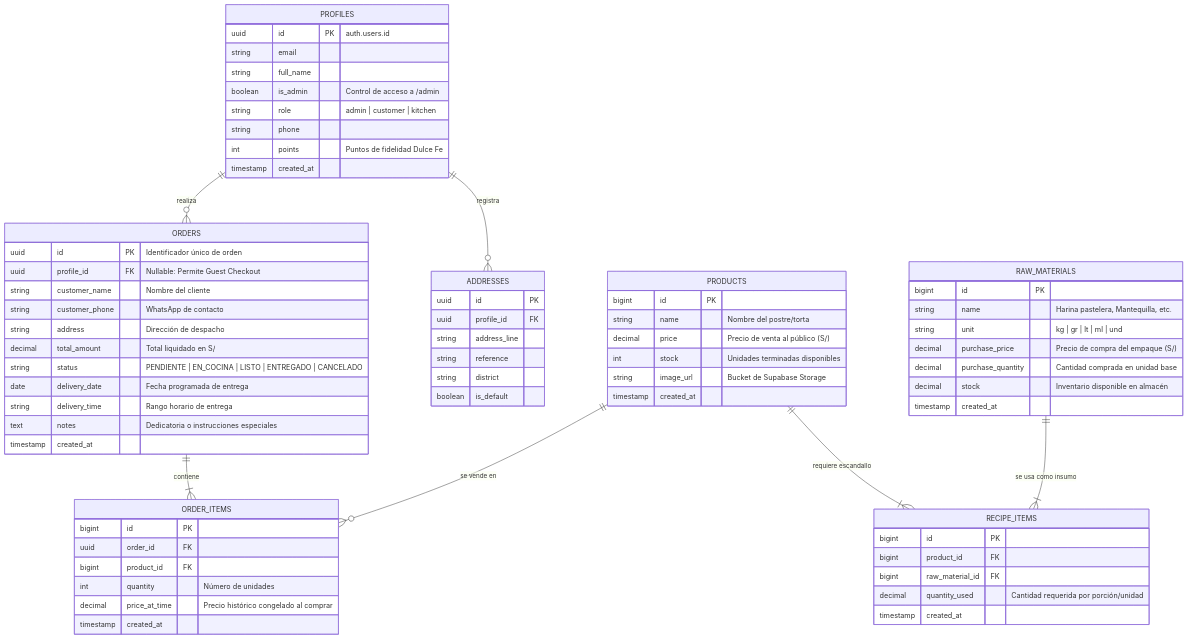
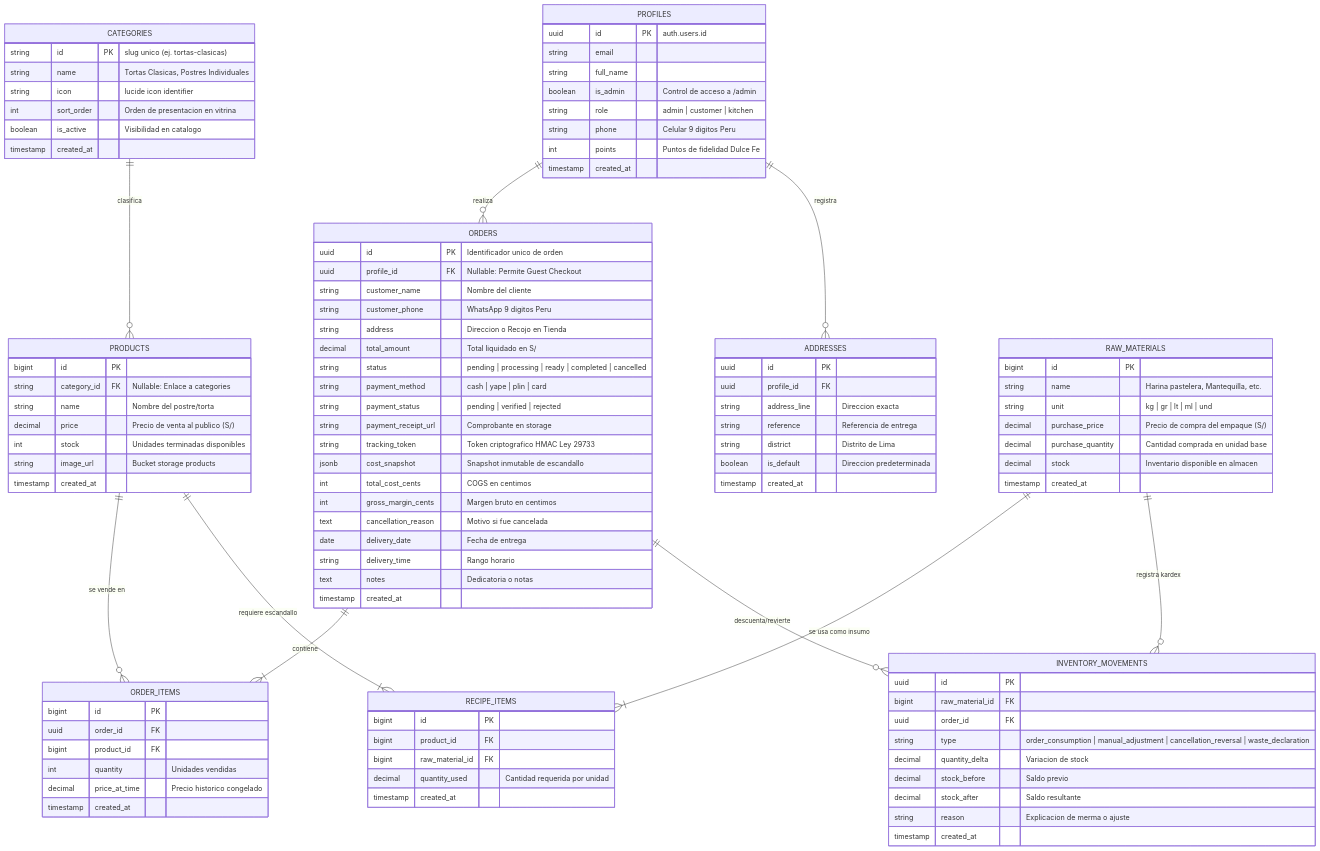
One commit to Proyecto-Postre/Fullstack-dulcefe changed the diagram in docs/02 - Backend & Datos/esquema-base-datos.md. Above: the diagram before and after it, drawn with Mermaid. The commit also changed other lines of this file and 16 other files, not shown here.

````diff
--- a/docs/02 - Backend & Datos/esquema-base-datos.md
+++ b/docs/02 - Backend & Datos/esquema-base-datos.md
@@ -22,12 +24,23 @@
 ```mermaid
 erDiagram
+    CATEGORIES ||--o{ PRODUCTS : "clasifica"
     PROFILES ||--o{ ORDERS : "realiza"
     PROFILES ||--o{ ADDRESSES : "registra"
     ORDERS ||--|{ ORDER_ITEMS : "contiene"
+    ORDERS ||--o{ INVENTORY_MOVEMENTS : "descuenta/revierte"
     PRODUCTS ||--o{ ORDER_ITEMS : "se vende en"
-    
     PRODUCTS ||--|{ RECIPE_ITEMS : "requiere escandallo"
     RAW_MATERIALS ||--|{ RECIPE_ITEMS : "se usa como insumo"
+    RAW_MATERIALS ||--o{ INVENTORY_MOVEMENTS : "registra kardex"
+
+    CATEGORIES {
+        string id PK "slug unico (ej. tortas-clasicas)"
+        string name "Tortas Clasicas, Postres Individuales"
+        string icon "lucide icon identifier"
+        int sort_order "Orden de presentacion en vitrina"
+        boolean is_active "Visibilidad en catalogo"
+        timestamp created_at
+    }
 
     PROFILES {
         uuid id PK "auth.users.id"
@@ -35,7 +48,7 @@
         string full_name
         boolean is_admin "Control de acceso a /admin"
         string role "admin | customer | kitchen"
-        string phone
+        string phone "Celular 9 digitos Peru"
         int points "Puntos de fidelidad Dulce Fe"
         timestamp created_at
     }
@@ -43,18 +56,20 @@
     ADDRESSES {
         uuid id PK
         uuid profile_id FK
-        string address_line
-        string reference
-        string district
-        boolean is_default
+        string address_line "Direccion exacta"
+        string reference "Referencia de entrega"
+        string district "Distrito de Lima"
+        boolean is_default "Direccion predeterminada"
+        timestamp created_at
     }
 
     PRODUCTS {
         bigint id PK
+        string category_id FK "Nullable: Enlace a categories"
         string name "Nombre del postre/torta"
-        decimal price "Precio de venta al público (S/)"
+        decimal price "Precio de venta al publico (S/)"
         int stock "Unidades terminadas disponibles"
-        string image_url "Bucket de Supabase Storage"
+        string image_url "Bucket storage products"
         timestamp created_at
     }
 
@@ -64,7 +79,7 @@
         string unit "kg | gr | lt | ml | und"
         decimal purchase_price "Precio de compra del empaque (S/)"
         decimal purchase_quantity "Cantidad comprada en unidad base"
-        decimal stock "Inventario disponible en almacén"
+        decimal stock "Inventario disponible en almacen"
         timestamp created_at
     }
 
@@ -72,21 +87,29 @@
         bigint id PK
         bigint product_id FK
         bigint raw_material_id FK
-        decimal quantity_used "Cantidad requerida por porción/unidad"
+        decimal quantity_used "Cantidad requerida por unidad"
         timestamp created_at
     }
 
     ORDERS {
-        uuid id PK "Identificador único de orden"
+        uuid id PK "Identificador unico de orden"
         uuid profile_id FK "Nullable: Permite Guest Checkout"
         string customer_name "Nombre del cliente"
-        string customer_phone "WhatsApp de contacto"
-        string address "Dirección de despacho"
+        string customer_phone "WhatsApp 9 digitos Peru"
+        string address "Direccion o Recojo en Tienda"
         decimal total_amount "Total liquidado en S/"
-        string status "PENDIENTE | EN_COCINA | LISTO | ENTREGADO | CANCELADO"
-        date delivery_date "Fecha programada de entrega"
-        string delivery_time "Rango horario de entrega"
-        text notes "Dedicatoria o instrucciones especiales"
+        string status "pending | processing | ready | completed | cancelled"
+        string payment_method "cash | yape | plin | card"
+        string payment_status "pending | verified | rejected"
+        string payment_receipt_url "Comprobante en storage"
+        string tracking_token "Token criptografico HMAC Ley 29733"
+        jsonb cost_snapshot "Snapshot inmutable de escandallo"
+        int total_cost_cents "COGS en centimos"
+        int gross_margin_cents "Margen bruto en centimos"
+        text cancellation_reason "Motivo si fue cancelada"
+        date delivery_date "Fecha de entrega"
+        string delivery_time "Rango horario"
+        text notes "Dedicatoria o notas"
         timestamp created_at
     }
 
@@ -94,8 +117,20 @@
         bigint id PK
         uuid order_id FK
         bigint product_id FK
-        int quantity "Número de unidades"
-        decimal price_at_time "Precio histórico congelado al comprar"
+        int quantity "Unidades vendidas"
+        decimal price_at_time "Precio historico congelado"
+        timestamp created_at
+    }
+
+    INVENTORY_MOVEMENTS {
+        uuid id PK
+        bigint raw_material_id FK
+        uuid order_id FK
+        string type "order_consumption | manual_adjustment | cancellation_reversal | waste_declaration"
+        decimal quantity_delta "Variacion de stock"
+        decimal stock_before "Saldo previo"
+        decimal stock_after "Saldo resultante"
+        string reason "Explicacion de merma o ajuste"
         timestamp created_at
     }
 ```
````
